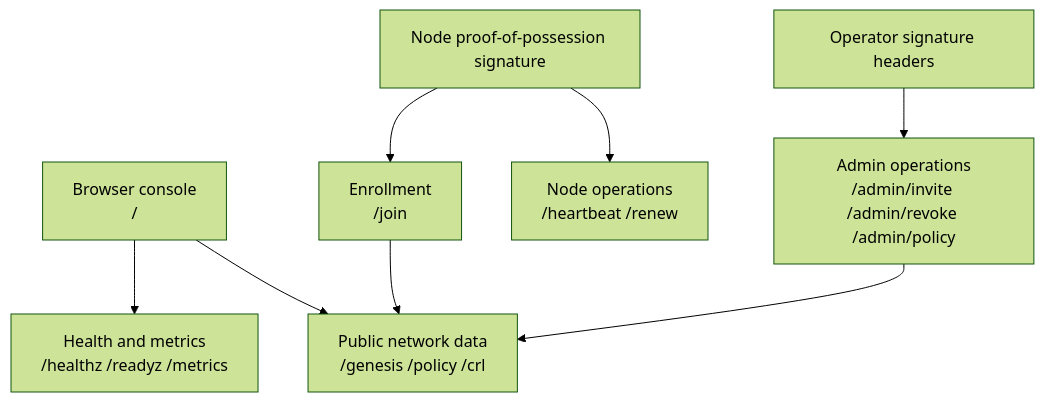
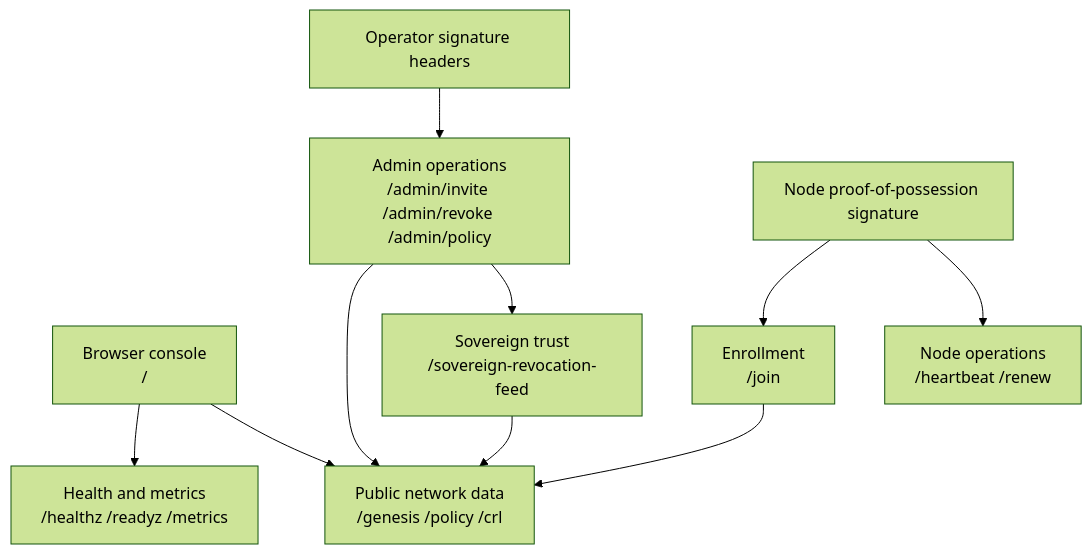
The diagram in docs/reference/network-authority-api.md (GenesisMeshLabs/genesismesh), drawn with Mermaid (forest theme) before and after one commit. The commit also changed other lines of this file and 20 other files, not shown here.

Commit message:
Release v0.11.0 cross-sovereign revocation

````diff
--- a/docs/reference/network-authority-api.md
+++ b/docs/reference/network-authority-api.md
@@ -6,19 +6,22 @@
 ```{mermaid}
 flowchart TB
     home["Browser console<br/>/"]
     health["Health and metrics<br/>/healthz /readyz /metrics"]
     public["Public network data<br/>/genesis /policy /crl"]
     enrollment["Enrollment<br/>/join"]
     node_ops["Node operations<br/>/heartbeat /renew"]
     admin["Admin operations<br/>/admin/invite /admin/revoke /admin/policy"]
+    sovereign["Sovereign trust<br/>/sovereign-revocation-feed"]
     auth["Operator signature headers"]
     node_sig["Node proof-of-possession signature"]
 
     auth --> admin
     node_sig --> enrollment
     node_sig --> node_ops
     home --> health
     home --> public
     enrollment --> public
     admin --> public
+    admin --> sovereign
+    sovereign --> public
 ```
````
